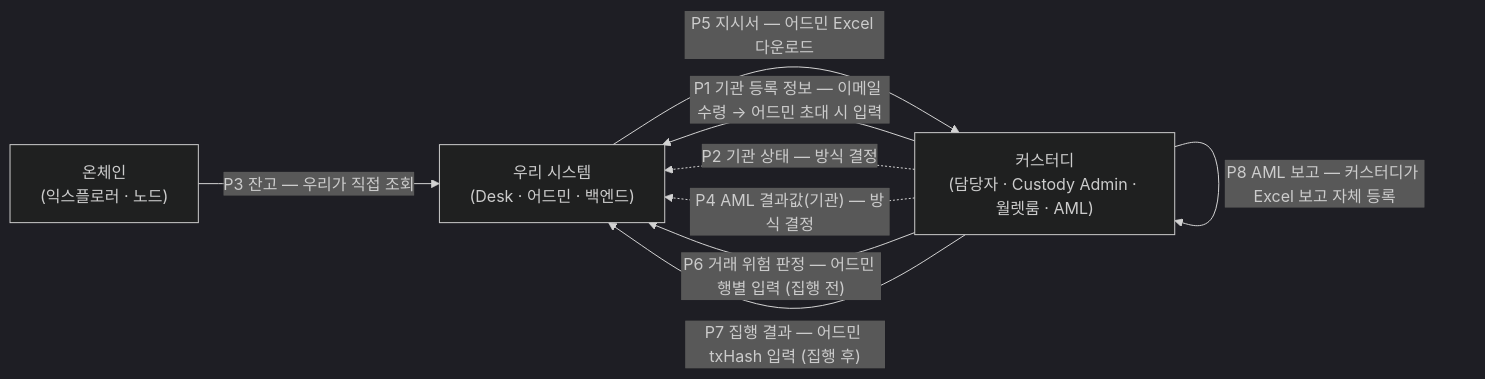
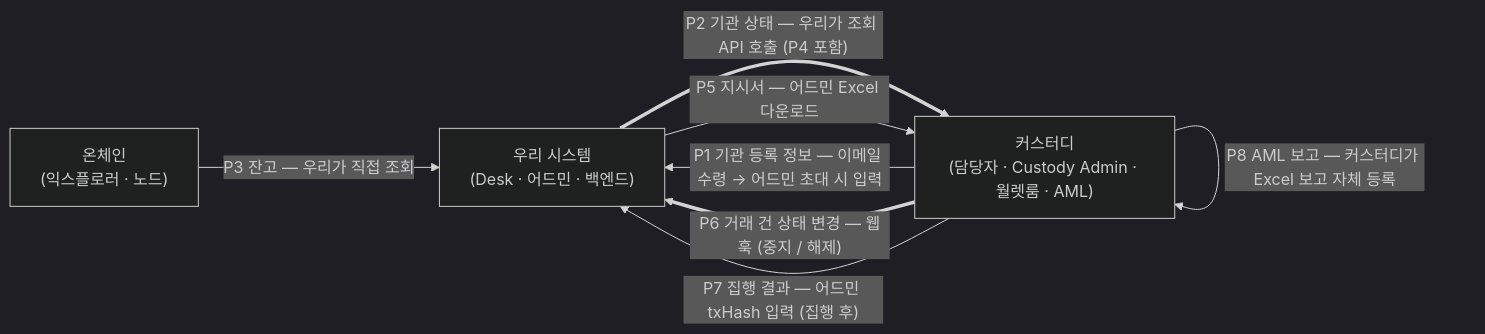
The fifth of 8 diagrams in drafts/36_플랫폼_커스터디_연동_범위_설명자료.md (dsrvlabs/dsrv-desk), drawn with Mermaid (dark theme) before and after one commit. The commit also changed other lines of this file and 4 other files, not shown here.

````diff
--- a/drafts/36_플랫폼_커스터디_연동_범위_설명자료.md
+++ b/drafts/36_플랫폼_커스터디_연동_범위_설명자료.md
@@ -184,14 +193,13 @@
 ```mermaid
 flowchart LR
   US["우리 시스템<br/>(Desk · 어드민 · 백엔드)"]
   CU["커스터디<br/>(담당자 · Custody Admin · 월렛룸 · AML)"]
   CH["온체인<br/>(익스플로러 · 노드)"]
   CU -->|"P1 기관 등록 정보 — 이메일 수령 → 어드민 초대 시 입력"| US
-  CU -.->|"P2 기관 상태 — 방식 결정"| US
+  US ==>|"P2 기관 상태 — 우리가 조회 API 호출 (P4 포함)"| CU
   CH -->|"P3 잔고 — 우리가 직접 조회"| US
-  CU -.->|"P4 AML 결과값(기관) — 방식 결정"| US
   US -->|"P5 지시서 — 어드민 Excel 다운로드"| CU
-  CU -->|"P6 거래 위험 판정 — 어드민 행별 입력 (집행 전)"| US
+  CU ==>|"P6 거래 건 상태 변경 — 웹훅 (중지 / 해제)"| US
   CU -->|"P7 집행 결과 — 어드민 txHash 입력 (집행 후)"| US
   CU -->|"P8 AML 보고 — 커스터디가 Excel 보고 자체 등록"| CU
 ```
````
